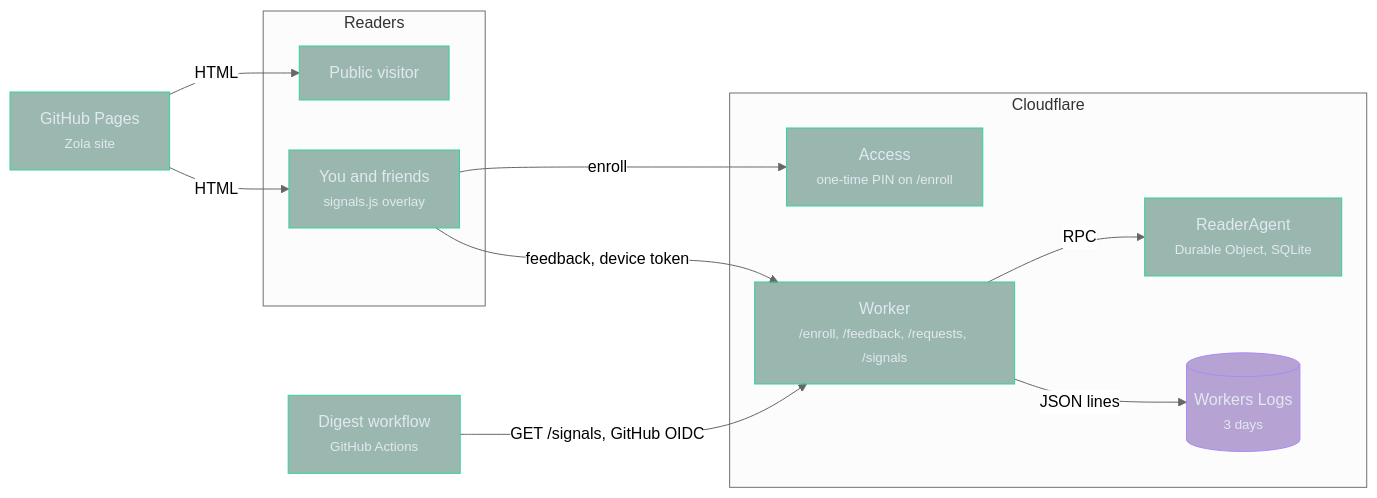
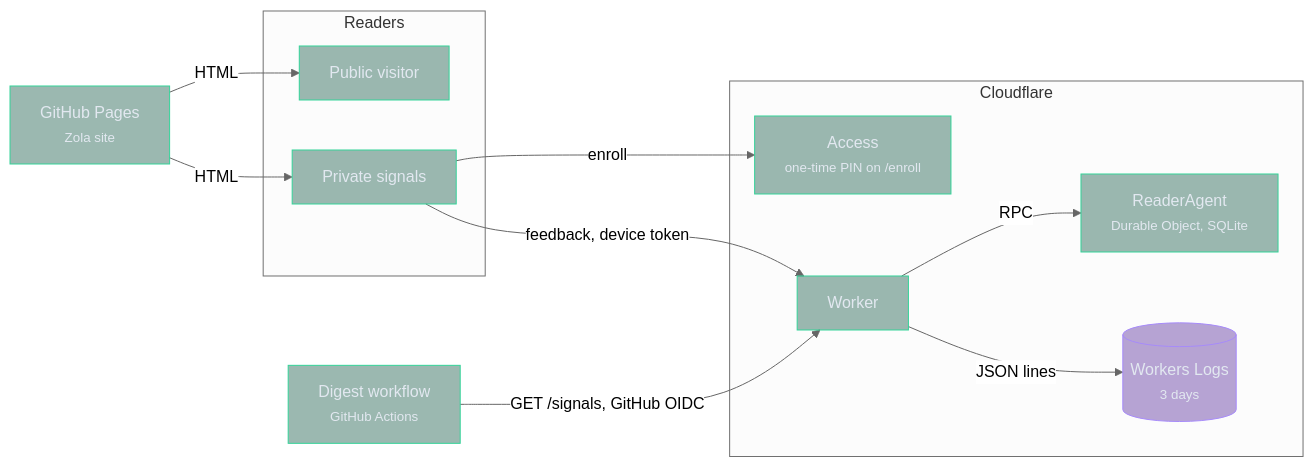
Before and after one commit to xkef/swe-digest: the diagram in signals/README.md, drawn with Mermaid (neutral theme).

Commit message:
docs(signals): simplify the diagram labels

````diff
--- a/signals/README.md
+++ b/signals/README.md
@@ -10,31 +10,31 @@
 ```mermaid
 flowchart LR
   subgraph clients [Readers]
     visitor["Public visitor"]
-    owner["You and friends<br/><small>signals.js overlay</small>"]
+    owner["Private signals"]
   end
 
   pages["GitHub Pages<br/><small>Zola site</small>"]
 
   subgraph cf [Cloudflare]
     access["Access<br/><small>one-time PIN on /enroll</small>"]
-    worker["Worker<br/><small>/enroll, /feedback, /requests, /signals</small>"]
+    worker["Worker"]
     agent["ReaderAgent<br/><small>Durable Object, SQLite</small>"]
     logs[("Workers Logs<br/><small>3 days</small>")]
   end
 
   runs["Digest workflow<br/><small>GitHub Actions</small>"]
 
   pages -- "HTML" --> visitor
   pages -- "HTML" --> owner
   owner -- "enroll" --> access
   owner -- "feedback, device token" --> worker
   worker -- "RPC" --> agent
   worker -- "JSON lines" --> logs
   runs -- "GET /signals, GitHub OIDC" --> worker
 
   classDef live fill:#064e3b66,stroke:#34d399,color:#e2e8f0
   classDef store fill:#4c1d9566,stroke:#a78bfa,color:#e2e8f0
   class visitor,pages,owner,access,worker,agent,runs live
   class logs store
 ```
````
